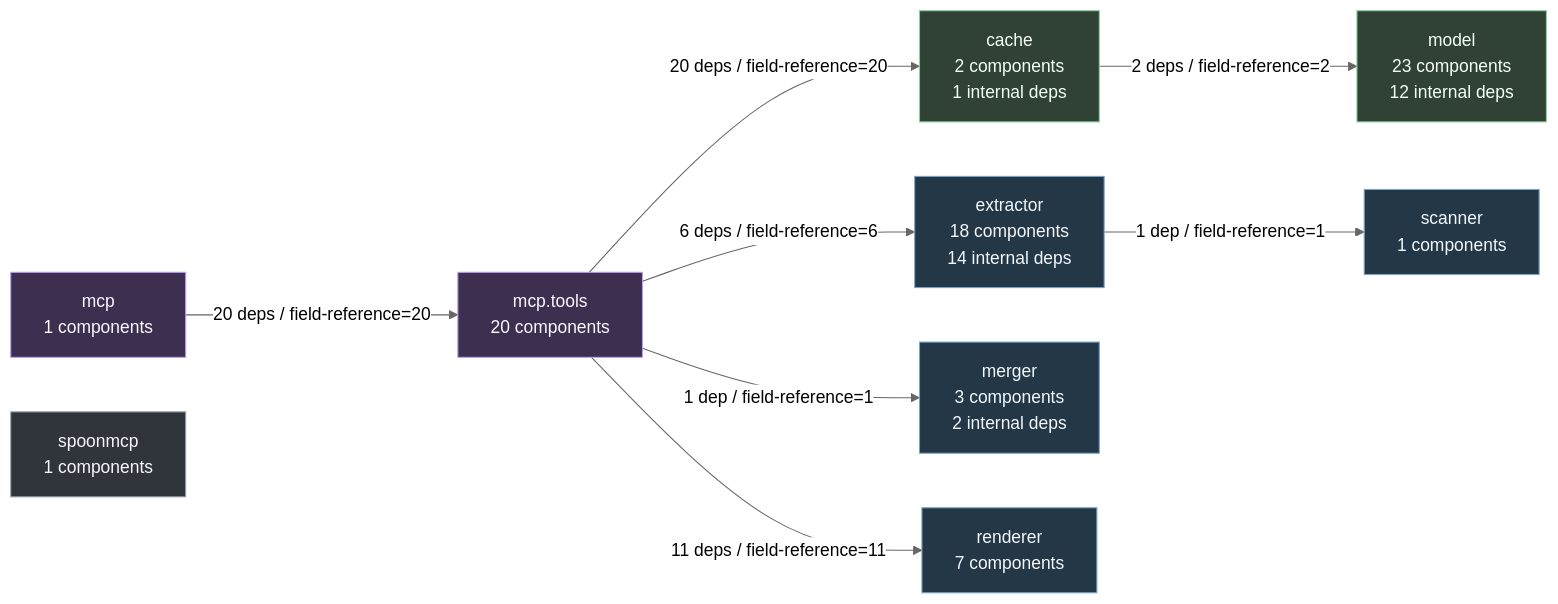
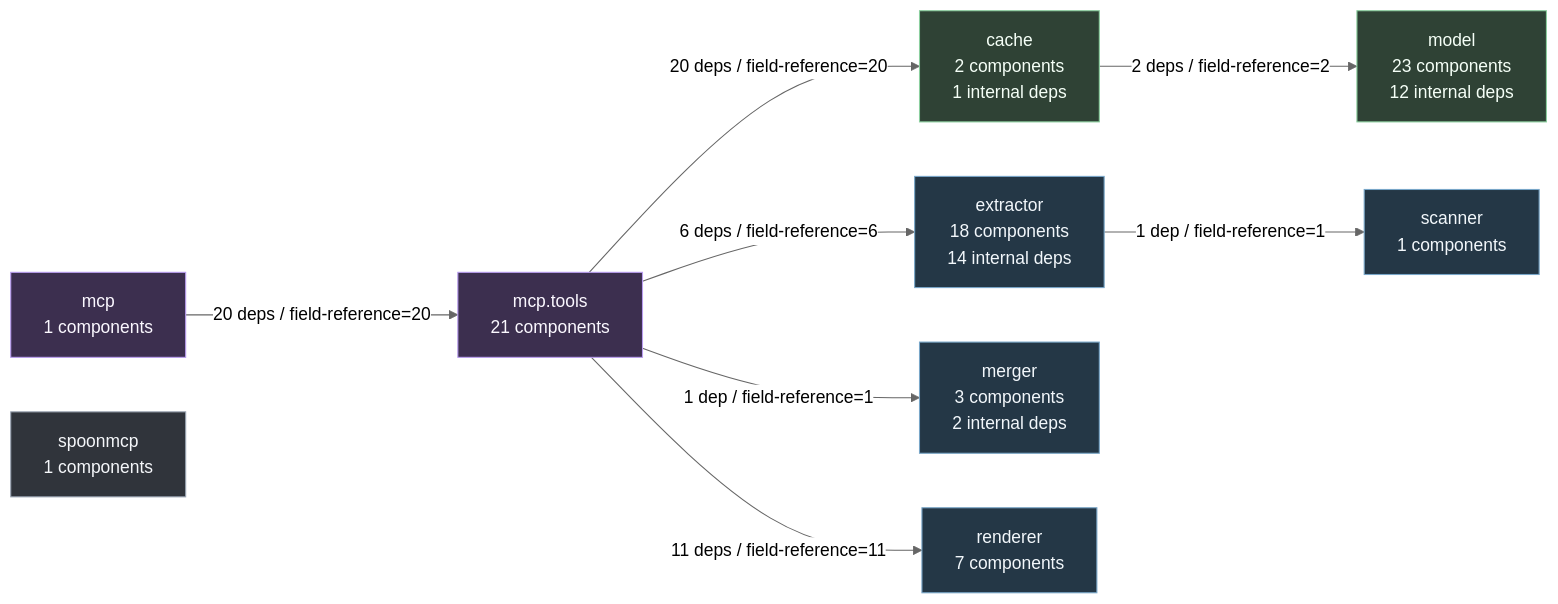
One commit to DerPate/archlens changed the fifth of 5 diagrams in docs/ARCHITECTURE.md. Above: the diagram before and after it, drawn with Mermaid (neutral theme). The commit also changed other lines of this file and 31 other files, not shown here.

````diff
--- a/docs/ARCHITECTURE.md
+++ b/docs/ARCHITECTURE.md
@@ -608,32 +611,32 @@
 ```mermaid
 flowchart LR
     dep_cache["cache\n2 components\n1 internal deps"]
     dep_extractor["extractor\n18 components\n14 internal deps"]
     dep_mcp["mcp\n1 components"]
-    dep_mcp_tools["mcp.tools\n20 components"]
+    dep_mcp_tools["mcp.tools\n21 components"]
     dep_merger["merger\n3 components\n2 internal deps"]
     dep_model["model\n23 components\n12 internal deps"]
     dep_renderer["renderer\n7 components"]
     dep_scanner["scanner\n1 components"]
     dep_spoonmcp["spoonmcp\n1 components"]
     dep_cache -->|2 deps / field-reference=2| dep_model
     dep_extractor -->|1 dep / field-reference=1| dep_scanner
     dep_mcp -->|20 deps / field-reference=20| dep_mcp_tools
     dep_mcp_tools -->|20 deps / field-reference=20| dep_cache
     dep_mcp_tools -->|6 deps / field-reference=6| dep_extractor
     dep_mcp_tools -->|1 dep / field-reference=1| dep_merger
     dep_mcp_tools -->|11 deps / field-reference=11| dep_renderer
     classDef core fill:#243746,stroke:#78a6c8,color:#f2f7fb
     classDef boundary fill:#3c2f4f,stroke:#b99df0,color:#fbf8ff
     classDef data fill:#2f4235,stroke:#8bcf9f,color:#f5fff7
     classDef default fill:#30343b,stroke:#9aa4b2,color:#f5f7fa
     class dep_cache data
     class dep_extractor core
     class dep_mcp boundary
     class dep_mcp_tools boundary
     class dep_merger core
     class dep_model data
     class dep_renderer core
     class dep_scanner core
     class dep_spoonmcp default
 ```
````
